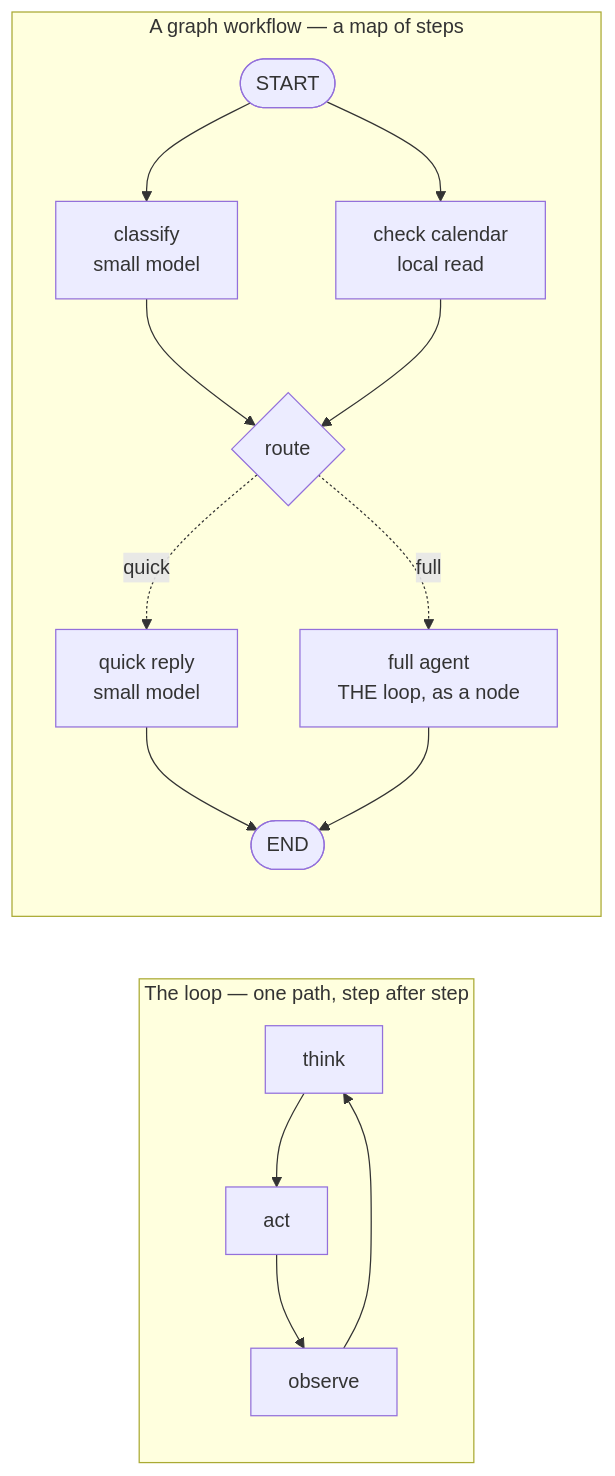
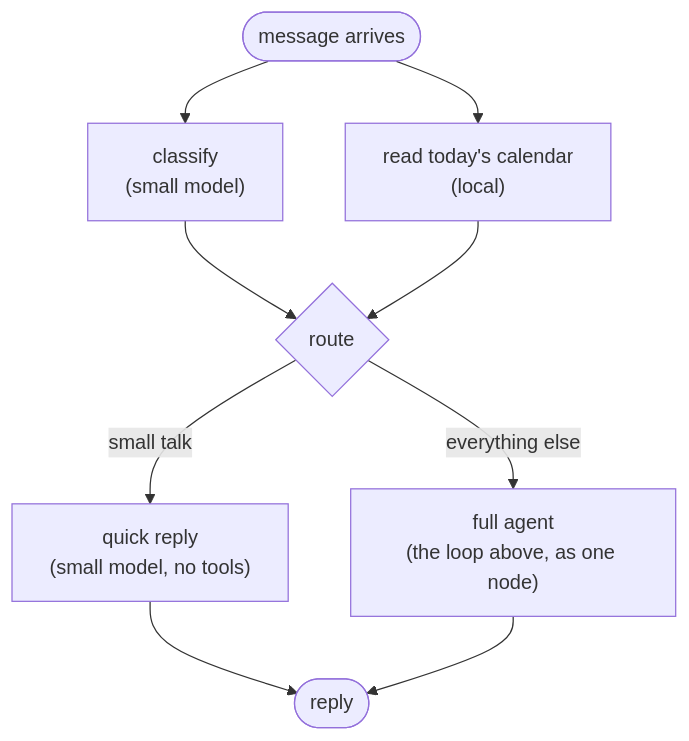
One commit to sridhar-3009/sieve-agent changed the second of 2 diagrams in README.md. Above: the diagram before and after it, drawn with Mermaid. The commit also changed other lines of this file and 38 other files, not shown here.

````diff
--- a/README.md
+++ b/README.md
@@ -259,14 +274,7 @@
 ```mermaid
-flowchart LR
-  subgraph L["The loop — one path, step after step"]
-    T["think"] --> A["act"] --> O["observe"] --> T
-  end
-  subgraph G["A graph workflow — a map of steps"]
-    S(["START"]) --> C["classify<br/>small model"]
-    S --> K["check calendar<br/>local read"]
-    C --> R{"route"}
-    K --> R
-    R -. quick .-> Q["quick reply<br/>small model"] --> E(["END"])
-    R -. full .-> F["full agent<br/>THE loop, as a node"] --> E
-  end
+flowchart TD
+  START(["message arrives"]) --> P1["classify<br/>(small model)"] & P2["read today's calendar<br/>(local)"]
+  P1 & P2 --> RT{route}
+  RT -->|small talk| Q["quick reply<br/>(small model, no tools)"] --> DONE(["reply"])
+  RT -->|everything else| F["full agent<br/>(the loop above, as one node)"] --> DONE
 ```
````
